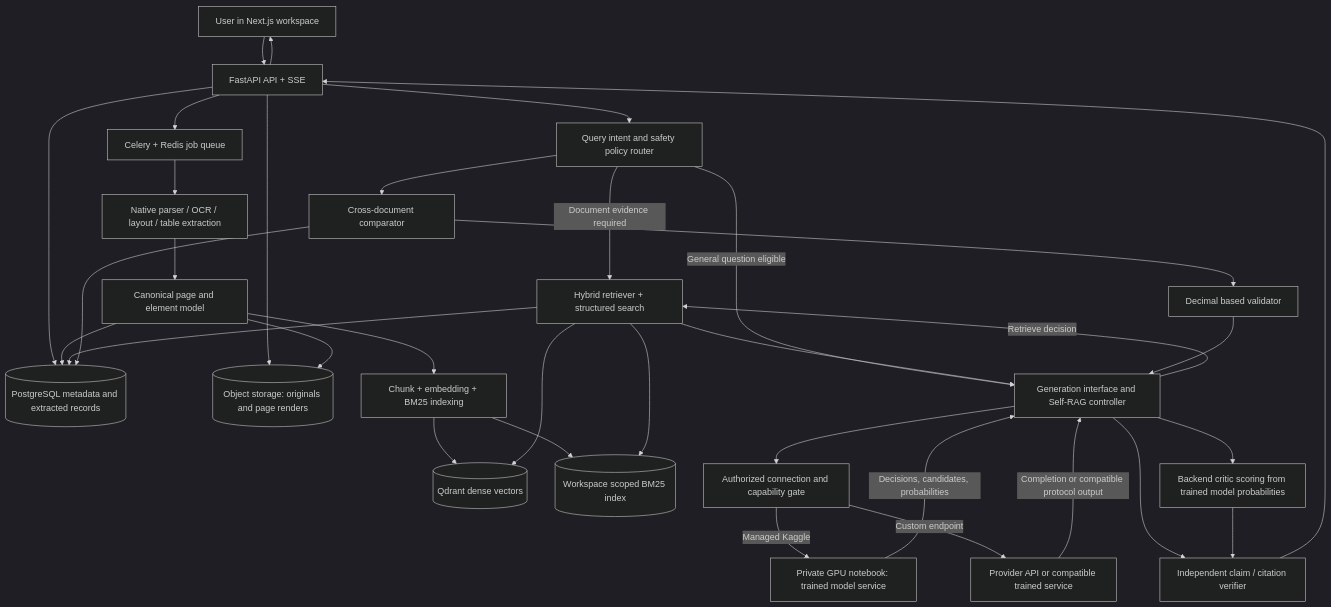
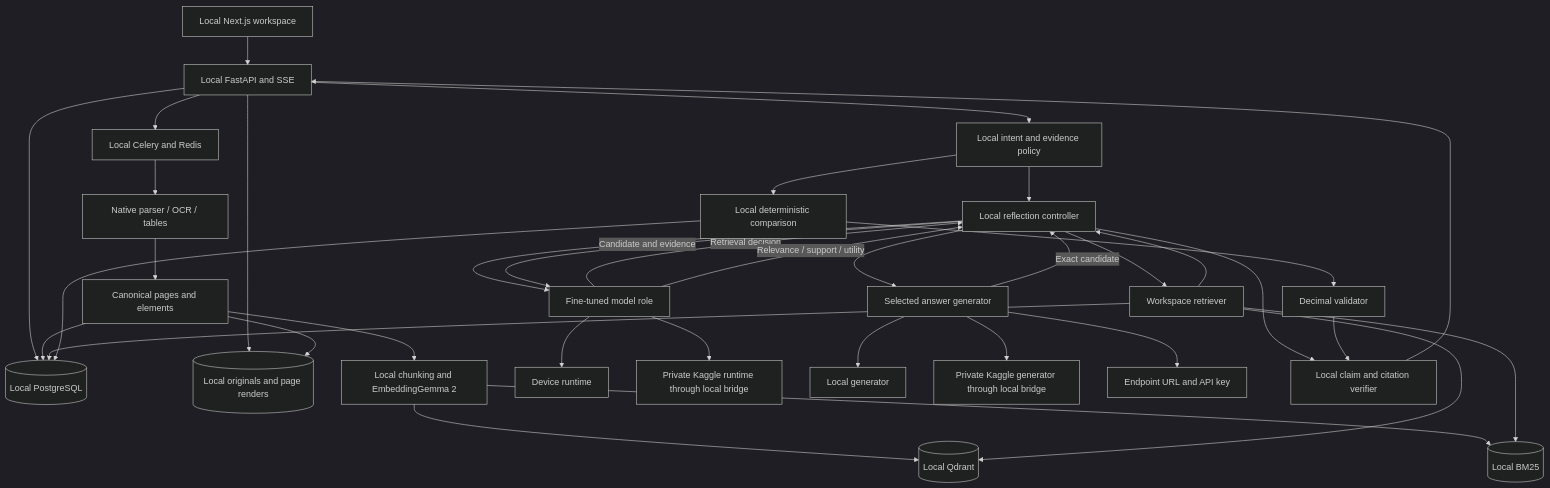
The diagram in ARCHITECTURE.md (here-2007/DocuMind), drawn with Mermaid (dark theme) before and after one commit. The commit also changed other lines of this file and 154 other files, not shown here.

````diff
--- a/ARCHITECTURE.md
+++ b/ARCHITECTURE.md
@@ -11,36 +11,38 @@
 ```mermaid
 flowchart TD
-  U[User in Next.js workspace] --> API[FastAPI API + SSE]
-  API --> PG[(PostgreSQL metadata and extracted records)]
-  API --> OBJ[(Object storage: originals and page renders)]
-  API --> JOB[Celery + Redis job queue]
-  JOB --> PARSE[Native parser / OCR / layout / table extraction]
-  PARSE --> CAN[Canonical page and element model]
+  U[Local Next.js workspace] --> API[Local FastAPI and SSE]
+  API --> PG[(Local PostgreSQL)]
+  API --> OBJ[(Local originals and page renders)]
+  API --> JOB[Local Celery and Redis]
+  JOB --> PARSE[Native parser / OCR / tables]
+  PARSE --> CAN[Canonical pages and elements]
   CAN --> PG
   CAN --> OBJ
-  CAN --> IDX[Chunk + embedding + BM25 indexing]
-  IDX --> Q[(Qdrant dense vectors)]
-  IDX --> BM[(Workspace scoped BM25 index)]
-  API --> ROUTE[Query intent and safety policy router]
-  ROUTE -->|Document evidence required| RET[Hybrid retriever + structured search]
-  ROUTE -->|General question eligible| MODEL[Generation interface and Self-RAG controller]
-  MODEL -->|Retrieve decision| RET
+  CAN --> IDX[Local chunking and EmbeddingGemma 2]
+  IDX --> Q[(Local Qdrant)]
+  IDX --> BM[(Local BM25)]
+  API --> ROUTE[Local intent and evidence policy]
+  ROUTE --> LOOP[Local reflection controller]
+  LOOP --> FT[Fine-tuned model role]
+  FT --> FL[Device runtime]
+  FT --> FK[Private Kaggle runtime through local bridge]
+  FT -->|Retrieval decision| LOOP
+  LOOP --> RET[Workspace retriever]
   RET --> Q
   RET --> BM
   RET --> PG
-  RET --> MODEL
-  MODEL --> CONN[Authorized connection and capability gate]
-  CONN -->|Managed Kaggle| KG[Private GPU notebook: trained model service]
-  CONN -->|Custom endpoint| EP[Provider API or compatible trained service]
-  KG -->|Decisions, candidates, probabilities| MODEL
-  EP -->|Completion or compatible protocol output| MODEL
-  MODEL --> CRIT[Backend critic scoring from trained model probabilities]
-  ROUTE --> CMP[Cross-document comparator]
+  RET --> LOOP
+  LOOP --> GEN[Selected answer generator]
+  GEN --> GL[Local generator]
+  GEN --> GK[Private Kaggle generator through local bridge]
+  GEN --> GE[Endpoint URL and API key]
+  GEN -->|Exact candidate| LOOP
+  LOOP -->|Candidate and evidence| FT
+  FT -->|Relevance / support / utility| LOOP
+  LOOP --> VERIFY[Local claim and citation verifier]
+  ROUTE --> CMP[Local deterministic comparison]
   CMP --> PG
-  CMP --> VAL[Decimal based validator]
-  VAL --> MODEL
-  MODEL --> VERIFY[Independent claim / citation verifier]
-  CRIT --> VERIFY
+  CMP --> VAL[Decimal validator]
+  VAL --> VERIFY
   VERIFY --> API
-  API --> U
 ```
````
